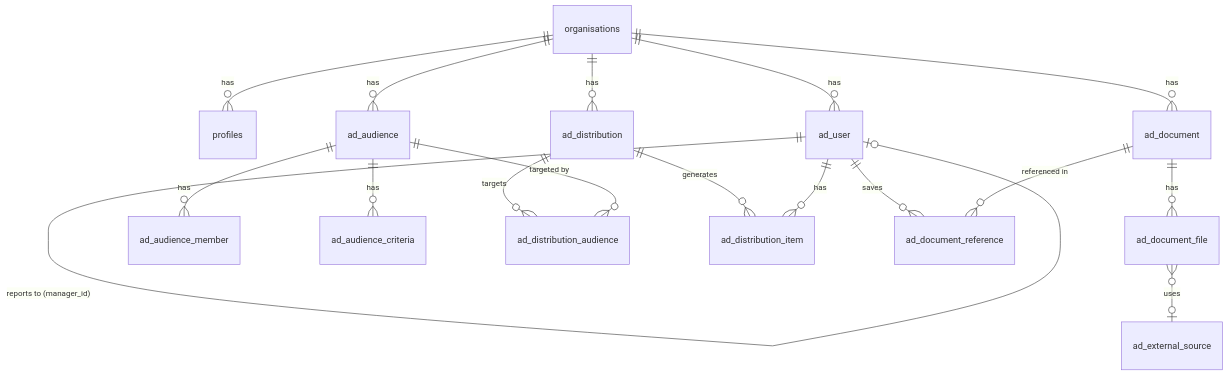
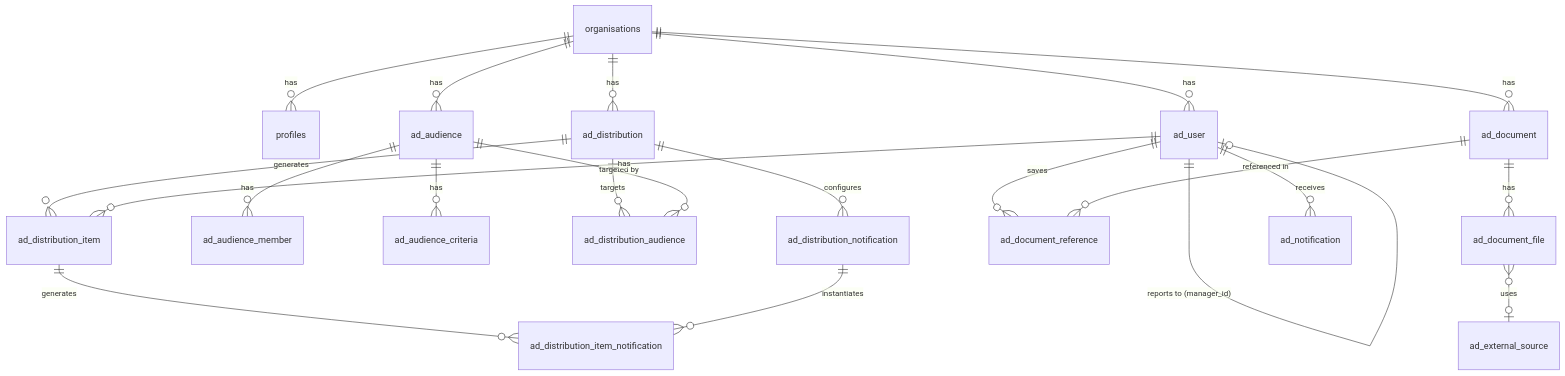
One commit to ionetiqdev/approveDoc changed the diagram in docs/mkdocs/database/schema.md. Above: the diagram before and after it, drawn with Mermaid. The commit also changed other lines of this file and 40 other files, not shown here.

Commit message:
Document the notification system (Make + Edge Function implementations) in the mkdocs site: new Features > Notifications page, new Edge Functions > send-notification-direct page, notification tables added to Database > Schema Overview and its ER diagram.

````diff
--- a/docs/mkdocs/database/schema.md
+++ b/docs/mkdocs/database/schema.md
@@ -67,25 +76,30 @@
 ```mermaid
 erDiagram
     organisations ||--o{ profiles : "has"
     organisations ||--o{ ad_user : "has"
     organisations ||--o{ ad_document : "has"
     organisations ||--o{ ad_audience : "has"
     organisations ||--o{ ad_distribution : "has"
 
     ad_document ||--o{ ad_document_file : "has"
     ad_document_file }o--o| ad_external_source : "uses"
 
     ad_audience ||--o{ ad_audience_member : "has"
     ad_audience ||--o{ ad_audience_criteria : "has"
 
     ad_distribution ||--o{ ad_distribution_audience : "targets"
     ad_audience ||--o{ ad_distribution_audience : "targeted by"
 
     ad_distribution ||--o{ ad_distribution_item : "generates"
     ad_user ||--o{ ad_distribution_item : "has"
 
     ad_user ||--o{ ad_document_reference : "saves"
     ad_document ||--o{ ad_document_reference : "referenced in"
 
     ad_user ||--o| ad_user : "reports to (manager_id)"
+
+    ad_distribution ||--o{ ad_distribution_notification : "configures"
+    ad_distribution_item ||--o{ ad_distribution_item_notification : "generates"
+    ad_distribution_notification ||--o{ ad_distribution_item_notification : "instantiates"
+    ad_user ||--o{ ad_notification : "receives"
 ```
````
